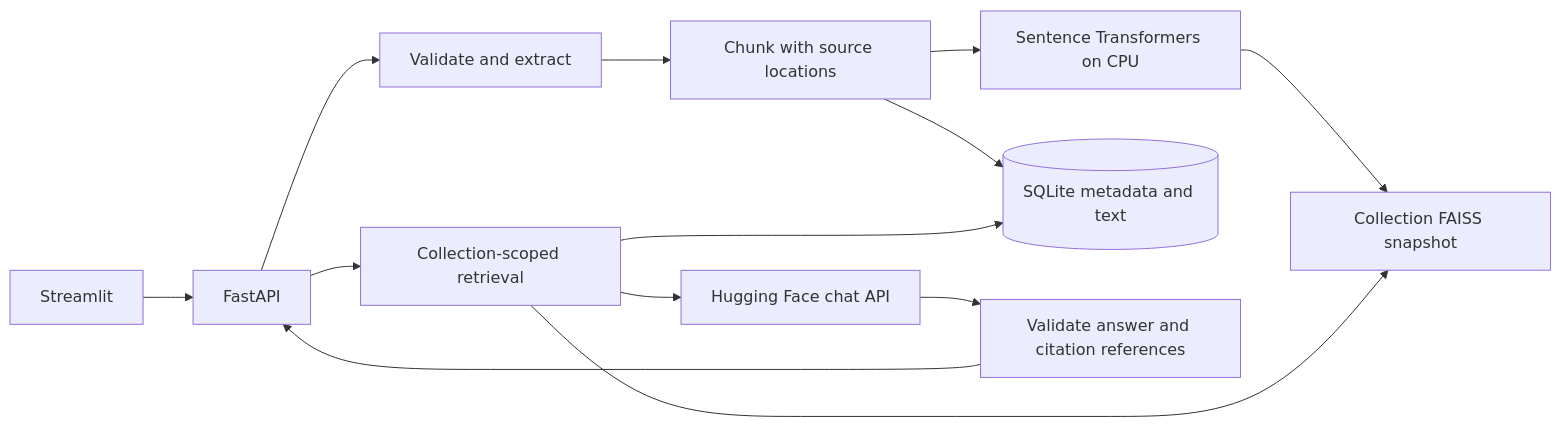
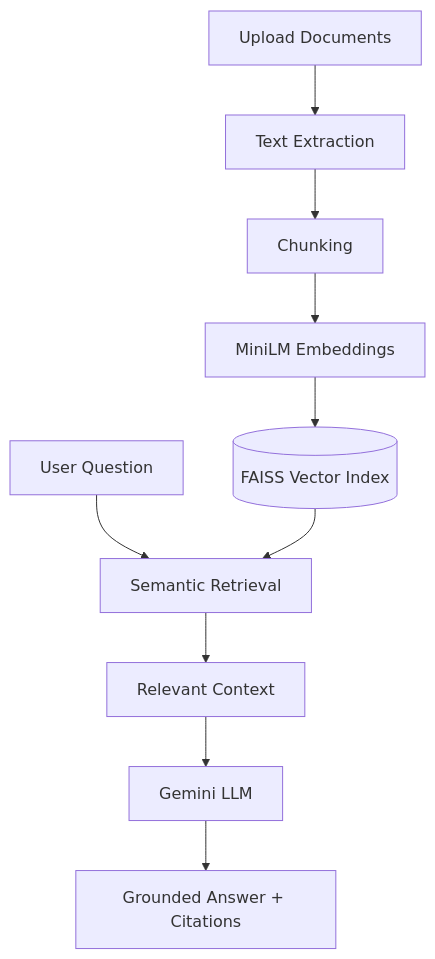
One commit to yvardhan8563/dynamic-rag-generator changed the diagram in README.md. Above: the diagram before and after it, drawn with Mermaid. The commit also changed other lines of this file, not shown here.

````diff
--- a/README.md
+++ b/README.md
@@ -132,15 +34,13 @@
 ```mermaid
-flowchart LR
-  UI[Streamlit] --> API[FastAPI]
-  API --> Extract[Validate and extract]
-  Extract --> Chunk[Chunk with source locations]
-  Chunk --> Embed[Sentence Transformers on CPU]
-  Embed --> FAISS[Collection FAISS snapshot]
-  Chunk --> DB[(SQLite metadata and text)]
-  API --> Retrieve[Collection-scoped retrieval]
-  Retrieve --> FAISS
-  Retrieve --> DB
-  Retrieve --> HF[Hugging Face chat API]
-  HF --> Validate[Validate answer and citation references]
-  Validate --> API
+flowchart TD
+    A[Upload Documents] --> B[Text Extraction]
+    B --> C[Chunking]
+    C --> D[MiniLM Embeddings]
+    D --> E[(FAISS Vector Index)]
+
+    F[User Question] --> G[Semantic Retrieval]
+    E --> G
+    G --> H[Relevant Context]
+    H --> I[Gemini LLM]
+    I --> J[Grounded Answer + Citations]
 ```
````
